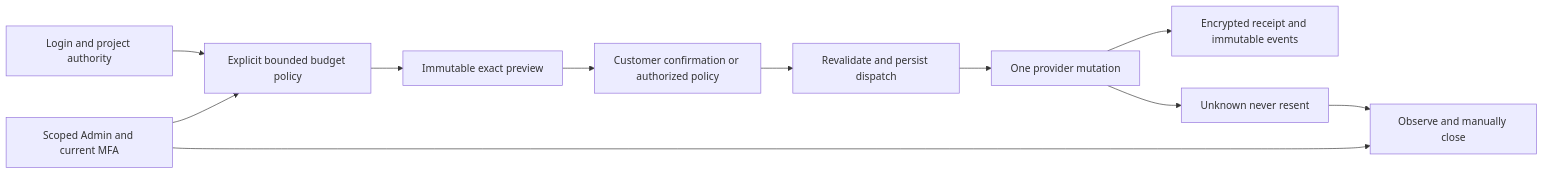
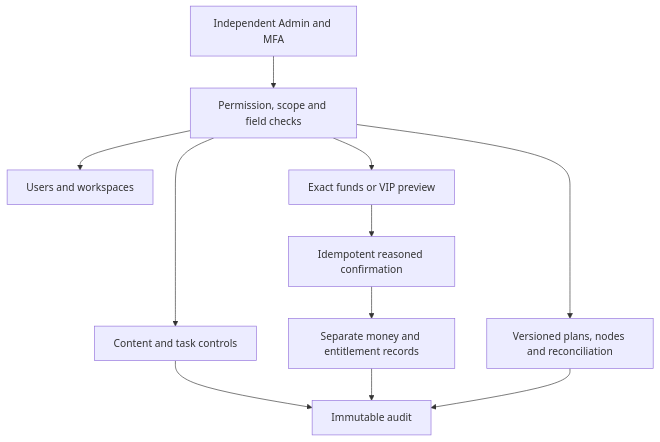
The diagram in README.en.md (copypasteltd/workmate), drawn with Mermaid before and after one commit. The commit also changed other lines of this file and 17 other files, not shown here.

````diff
--- a/README.en.md
+++ b/README.en.md
@@ -249,13 +32,13 @@
 ```mermaid
-flowchart LR
-  Login[Login and project authority] --> Policy[Explicit bounded budget policy]
-  Policy --> Preview[Immutable exact preview]
-  Preview --> Confirm[Customer confirmation or authorized policy]
-  Confirm --> Admission[Revalidate and persist dispatch]
-  Admission --> Once[One provider mutation]
-  Once --> Receipt[Encrypted receipt and immutable events]
-  Once --> Unknown[Unknown never resent]
-  Unknown --> Review[Observe and manually close]
-  Admin[Scoped Admin and current MFA] --> Policy
-  Admin --> Review
+flowchart TD
+  MFA[Independent Admin and MFA] --> Access[Permission, scope and field checks]
+  Access --> Users[Users and workspaces]
+  Access --> Content[Content and task controls]
+  Access --> Preview[Exact funds or VIP preview]
+  Preview --> Confirm[Idempotent reasoned confirmation]
+  Confirm --> Ledger[Separate money and entitlement records]
+  Access --> Infra[Versioned plans, nodes and reconciliation]
+  Content --> Audit[Immutable audit]
+  Ledger --> Audit
+  Infra --> Audit
 ```
````
